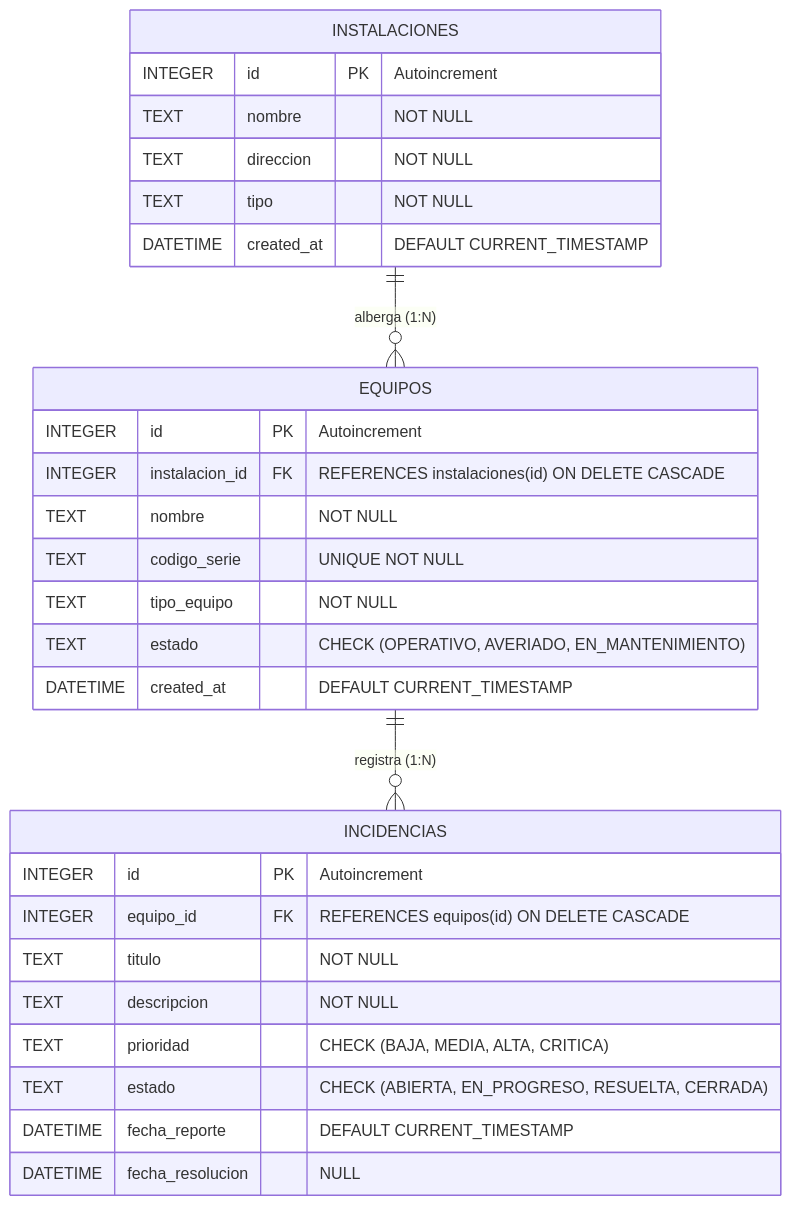
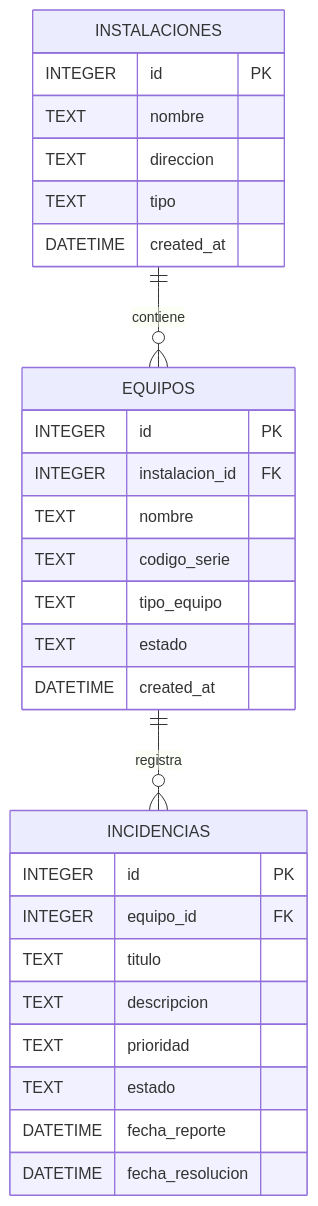
One commit to enriquemelilla/contratia_mini changed the second of 2 diagrams in README.md. Above: the diagram before and after it, drawn with Mermaid. The commit also changed other lines of this file and 1 other file, not shown here.

Commit message:
correccion al README y al PLAN

````diff
--- a/README.md
+++ b/README.md
@@ -65,34 +65,34 @@
 ```mermaid
 erDiagram
-    INSTALACIONES ||--o{ EQUIPOS : "alberga (1:N)"
-    EQUIPOS ||--o{ INCIDENCIAS : "registra (1:N)"
+    INSTALACIONES ||--o{ EQUIPOS : contiene
+    EQUIPOS ||--o{ INCIDENCIAS : registra
 
     INSTALACIONES {
-        INTEGER id PK "Autoincrement"
-        TEXT nombre "NOT NULL"
-        TEXT direccion "NOT NULL"
-        TEXT tipo "NOT NULL"
-        DATETIME created_at "DEFAULT CURRENT_TIMESTAMP"
+        INTEGER id PK
+        TEXT nombre
+        TEXT direccion
+        TEXT tipo
+        DATETIME created_at
     }
 
     EQUIPOS {
-        INTEGER id PK "Autoincrement"
-        INTEGER instalacion_id FK "REFERENCES instalaciones(id) ON DELETE CASCADE"
-        TEXT nombre "NOT NULL"
-        TEXT codigo_serie "UNIQUE NOT NULL"
-        TEXT tipo_equipo "NOT NULL"
-        TEXT estado "CHECK (OPERATIVO, AVERIADO, EN_MANTENIMIENTO)"
-        DATETIME created_at "DEFAULT CURRENT_TIMESTAMP"
+        INTEGER id PK
+        INTEGER instalacion_id FK
+        TEXT nombre
+        TEXT codigo_serie
+        TEXT tipo_equipo
+        TEXT estado
+        DATETIME created_at
     }
 
     INCIDENCIAS {
-        INTEGER id PK "Autoincrement"
-        INTEGER equipo_id FK "REFERENCES equipos(id) ON DELETE CASCADE"
-        TEXT titulo "NOT NULL"
-        TEXT descripcion "NOT NULL"
-        TEXT prioridad "CHECK (BAJA, MEDIA, ALTA, CRITICA)"
-        TEXT estado "CHECK (ABIERTA, EN_PROGRESO, RESUELTA, CERRADA)"
-        DATETIME fecha_reporte "DEFAULT CURRENT_TIMESTAMP"
-        DATETIME fecha_resolucion "NULL"
+        INTEGER id PK
+        INTEGER equipo_id FK
+        TEXT titulo
+        TEXT descripcion
+        TEXT prioridad
+        TEXT estado
+        DATETIME fecha_reporte
+        DATETIME fecha_resolucion
     }
 ```
````
